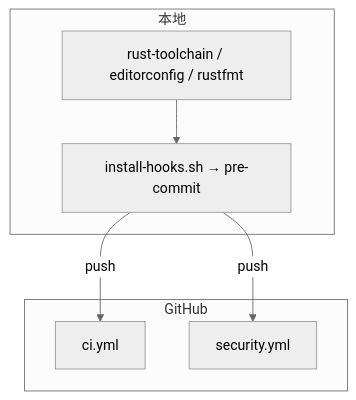
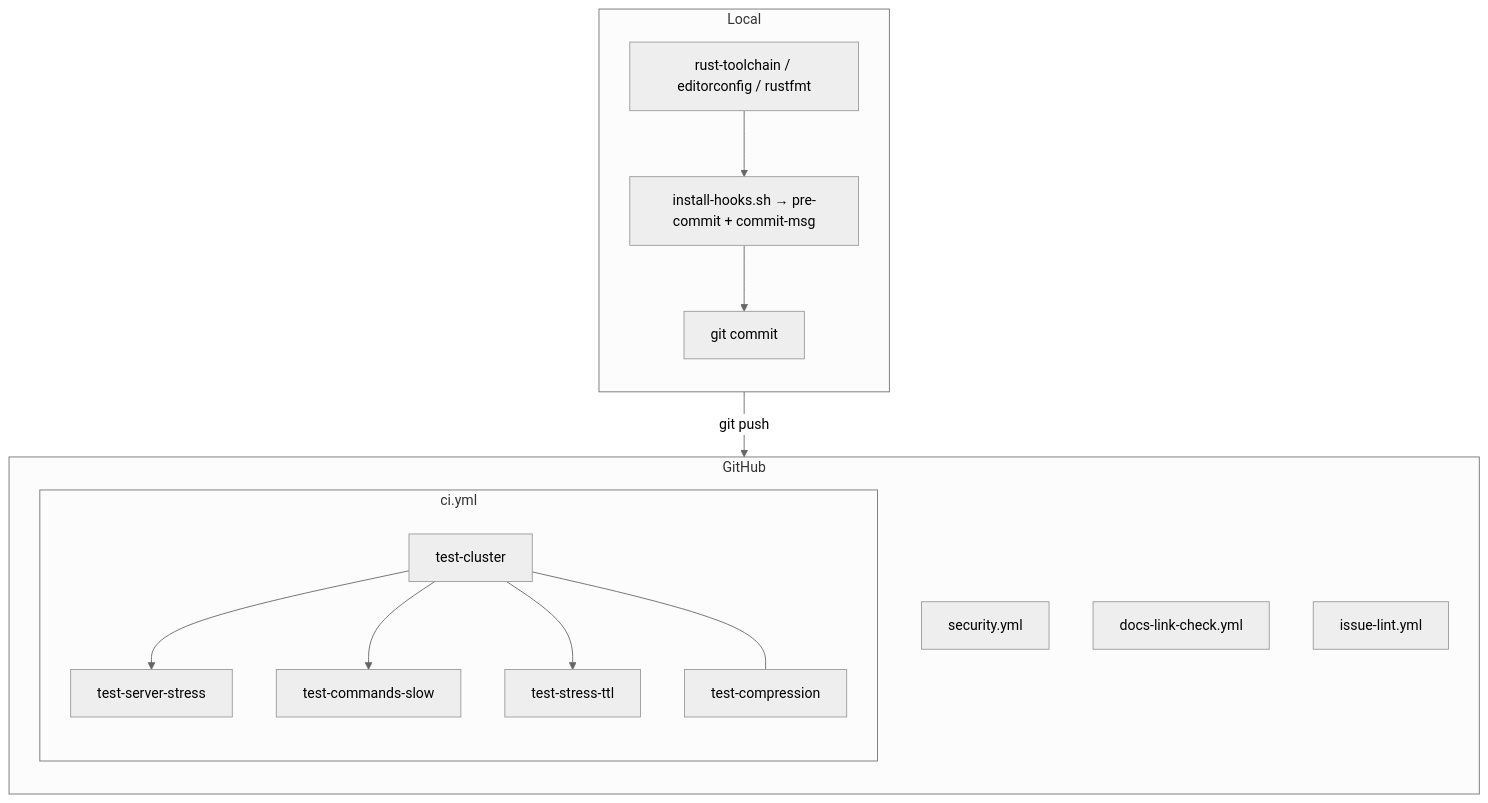
One commit to Genuineh/AiKv changed the diagram in .github/README.md. Above: the diagram before and after it, drawn with Mermaid (neutral theme). The commit also changed other lines of this file and 21 other files, not shown here.

````diff
--- a/.github/README.md
+++ b/.github/README.md
@@ -7,16 +14,27 @@
 ```mermaid
 flowchart TB
-    subgraph local [本地]
+    subgraph local [Local]
+        direction TB
         RT[rust-toolchain / editorconfig / rustfmt]
-        HOOK[install-hooks.sh → pre-commit]
+        HOOK[install-hooks.sh → pre-commit + commit-msg]
+        C[git commit]
         RT --> HOOK
+        HOOK --> C
     end
 
     subgraph remote [GitHub]
-        CI[ci.yml]
+        direction TB
+        subgraph CIJ [ci.yml]
+            direction TB
+            TC[test-cluster] --> TS[test-server-stress]
+            TC --> TSL[test-commands-slow]
+            TC --> TTL[test-stress-ttl]
+            TC --- TCM[test-compression]
+        end
         SEC[security.yml]
+        DL[docs-link-check.yml]
+        IL[issue-lint.yml]
     end
 
-    HOOK -->|push| CI
-    HOOK -->|push| SEC
+    C -->|git push| remote
 ```
````
